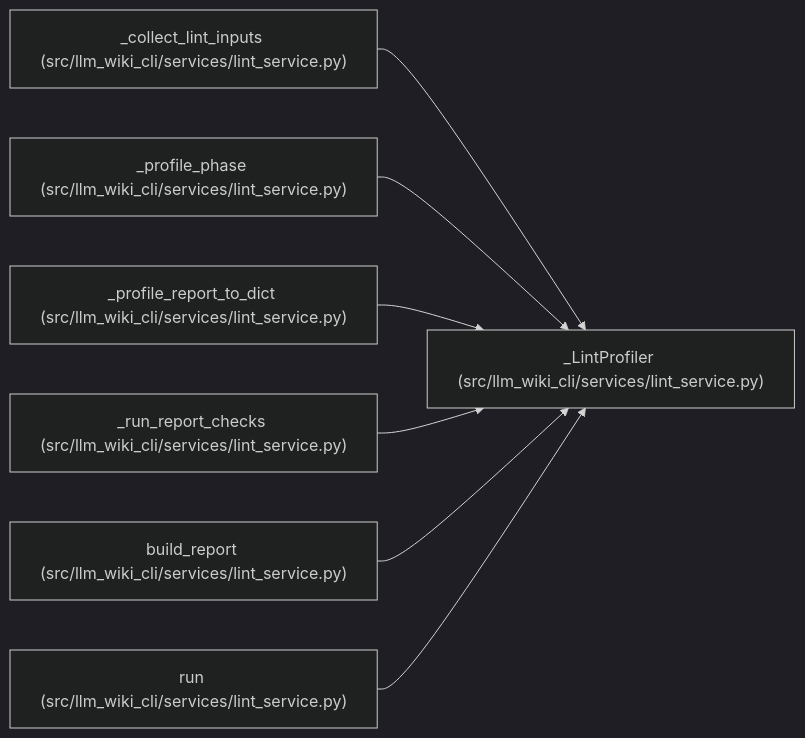
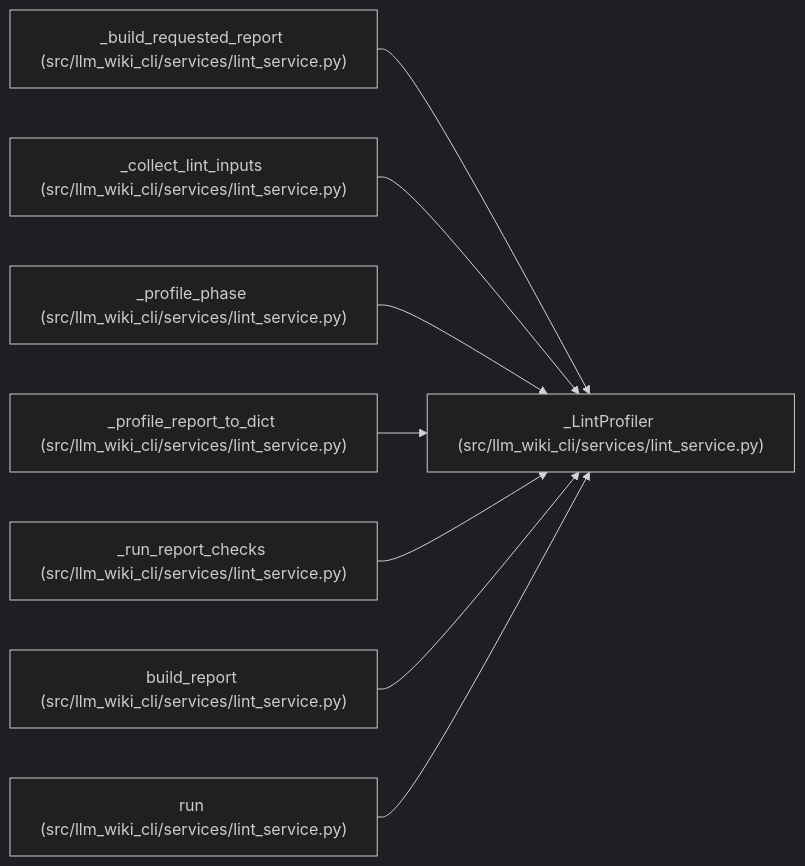
Before and after one commit to Denissvgn/python-wiki-llm: the diagram in docs/llm_wiki/entities/LintProfiler.md, drawn with Mermaid (dark theme). The commit also changed other lines of this file and 1555 other files, not shown here.

````diff
--- a/docs/llm_wiki/entities/LintProfiler.md
+++ b/docs/llm_wiki/entities/LintProfiler.md
@@ -27,23 +27,26 @@
 ```mermaid
 flowchart LR
     n0["_LintProfiler (src/llm_wiki_cli/services/lint_service.py)"]
-    n1["_collect_lint_inputs (src/llm_wiki_cli/services/lint_service.py)"]
-    n2["_profile_phase (src/llm_wiki_cli/services/lint_service.py)"]
-    n3["_profile_report_to_dict (src/llm_wiki_cli/services/lint_service.py)"]
-    n4["_run_report_checks (src/llm_wiki_cli/services/lint_service.py)"]
-    n5["build_report (src/llm_wiki_cli/services/lint_service.py)"]
-    n6["run (src/llm_wiki_cli/services/lint_service.py)"]
+    n1["_build_requested_report (src/llm_wiki_cli/services/lint_service.py)"]
+    n2["_collect_lint_inputs (src/llm_wiki_cli/services/lint_service.py)"]
+    n3["_profile_phase (src/llm_wiki_cli/services/lint_service.py)"]
+    n4["_profile_report_to_dict (src/llm_wiki_cli/services/lint_service.py)"]
+    n5["_run_report_checks (src/llm_wiki_cli/services/lint_service.py)"]
+    n6["build_report (src/llm_wiki_cli/services/lint_service.py)"]
+    n7["run (src/llm_wiki_cli/services/lint_service.py)"]
     n1 --> n0
     n2 --> n0
     n3 --> n0
     n4 --> n0
     n5 --> n0
     n6 --> n0
+    n7 --> n0
     click n0 "../modules/lint_service.md"
     click n1 "../modules/lint_service.md"
     click n2 "../modules/lint_service.md"
     click n3 "../modules/lint_service.md"
     click n4 "../modules/lint_service.md"
     click n5 "../modules/lint_service.md"
     click n6 "../modules/lint_service.md"
+    click n7 "../modules/lint_service.md"
 ```
````
